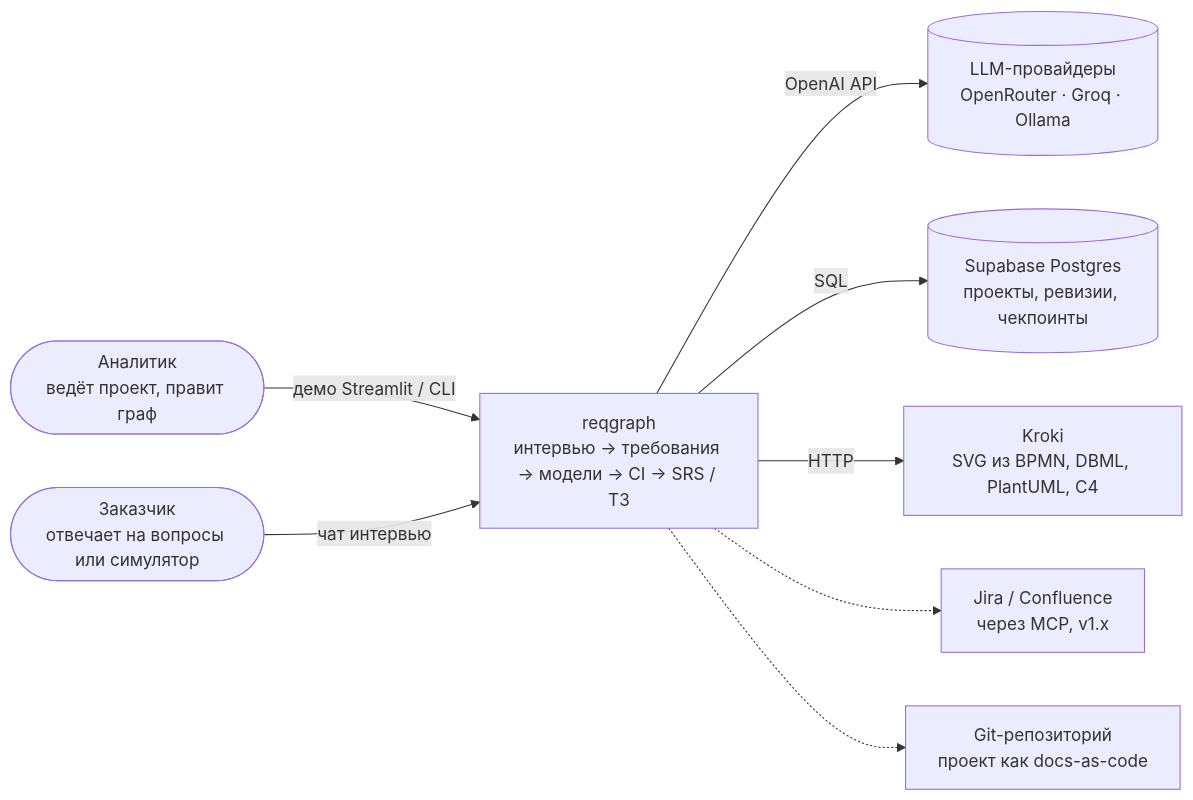
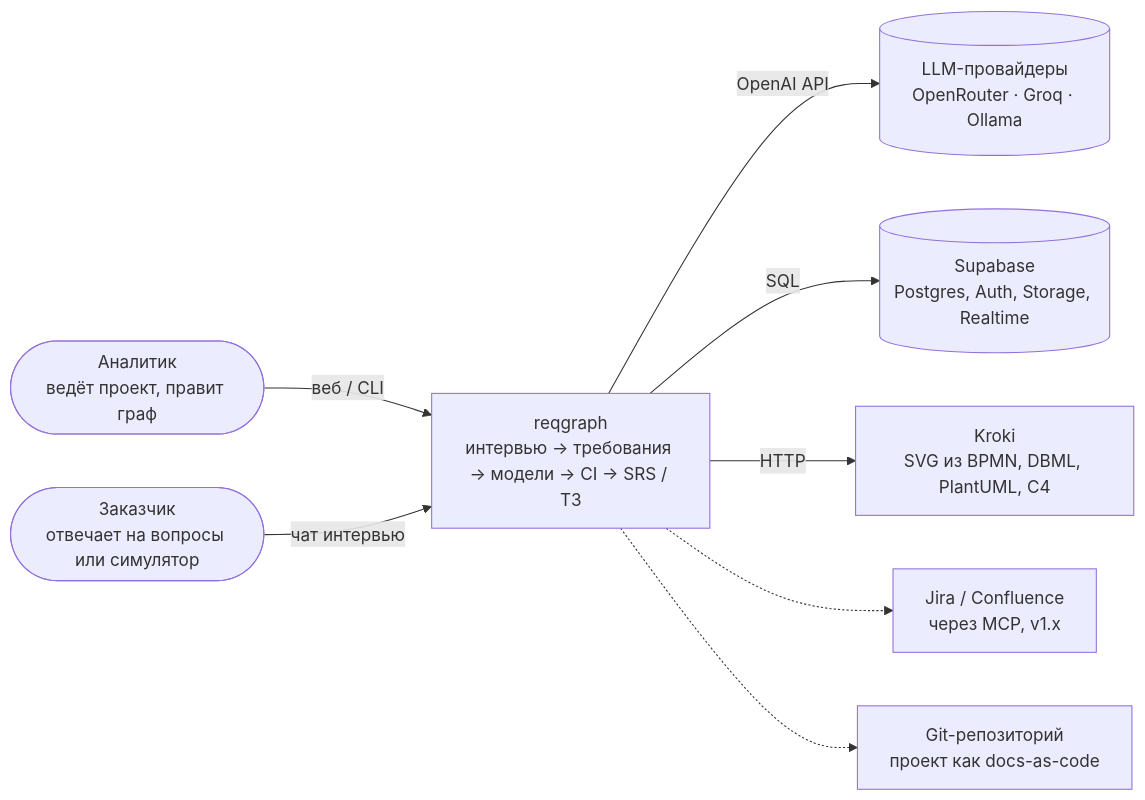
Before and after one commit to Axx-Axvd/reqgraph: the first of 2 diagrams in docs/tech-design/02_arch.md, drawn with Mermaid. The commit also changed other lines of this file and 33 other files, not shown here.

````diff
--- a/docs/tech-design/02_arch.md
+++ b/docs/tech-design/02_arch.md
@@ -9,11 +9,11 @@
 ```mermaid
 flowchart LR
-  analyst([Аналитик<br/>ведёт проект, правит граф]) -->|демо Streamlit / CLI| S
+  analyst([Аналитик<br/>ведёт проект, правит граф]) -->|веб / CLI| S
   client([Заказчик<br/>отвечает на вопросы или симулятор]) -->|чат интервью| S
   S[reqgraph<br/>интервью -> требования -> модели -> CI -> SRS / ТЗ]
   S -->|OpenAI API| LLM[(LLM-провайдеры<br/>OpenRouter · Groq · Ollama)]
-  S -->|SQL| SB[(Supabase Postgres<br/>проекты, ревизии, чекпоинты)]
+  S -->|SQL| SB[(Supabase<br/>Postgres, Auth, Storage, Realtime)]
   S -->|HTTP| K[Kroki<br/>SVG из BPMN, DBML, PlantUML, C4]
   S -.-> J[Jira / Confluence<br/>через MCP, v1.x]
   S -.-> G[Git-репозиторий<br/>проект как docs-as-code]
 ```
````
